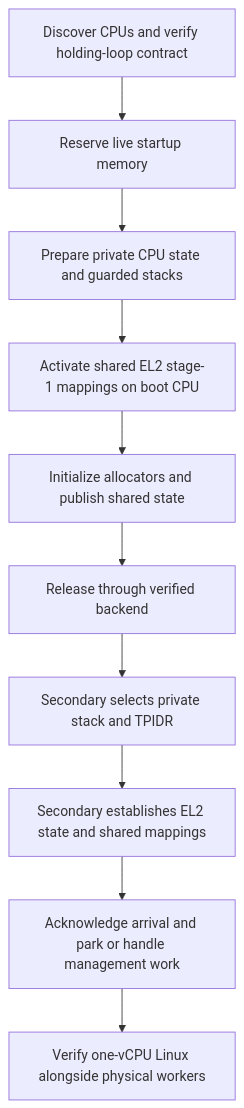
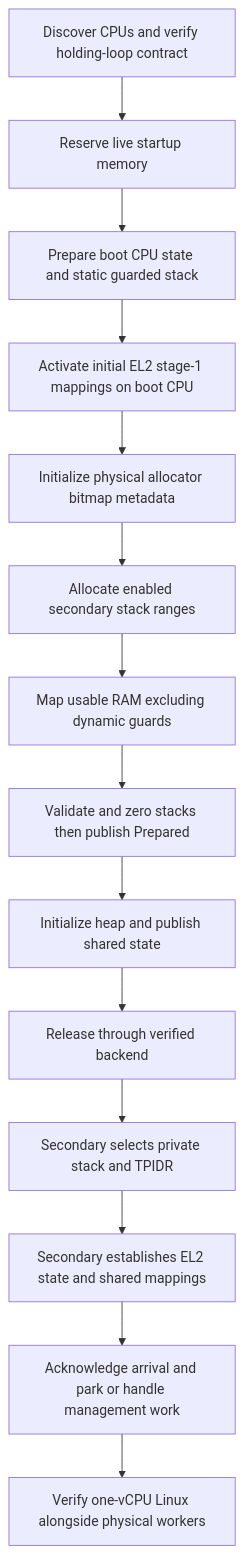
One commit to saimizi/tvisor changed the diagram in docs/tvisor_smp.md. Above: the diagram before and after it, drawn with Mermaid. The commit also changed other lines of this file and 7 other files, not shown here.

Commit message:
Allocate guarded secondary CPU stacks dynamically

````diff
--- a/docs/tvisor_smp.md
+++ b/docs/tvisor_smp.md
@@ -58,12 +58,16 @@
 ```mermaid
 flowchart TD
     A[Discover CPUs and verify holding-loop contract] --> B[Reserve live startup memory]
-    B --> C[Prepare private CPU state and guarded stacks]
-    C --> D[Activate shared EL2 stage-1 mappings on boot CPU]
-    D --> E[Initialize allocators and publish shared state]
-    E --> F[Release through verified backend]
+    B --> C[Prepare boot CPU state and static guarded stack]
+    C --> D[Activate initial EL2 stage-1 mappings on boot CPU]
+    D --> E[Initialize physical allocator bitmap metadata]
+    E --> S[Allocate enabled secondary stack ranges]
+    S --> M[Map usable RAM excluding dynamic guards]
+    M --> Z[Validate and zero stacks then publish Prepared]
+    Z --> P[Initialize heap and publish shared state]
+    P --> F[Release through verified backend]
     F --> G[Secondary selects private stack and TPIDR]
     G --> H[Secondary establishes EL2 state and shared mappings]
     H --> I[Acknowledge arrival and park or handle management work]
     I --> J[Verify one-vCPU Linux alongside physical workers]
 ```
````
